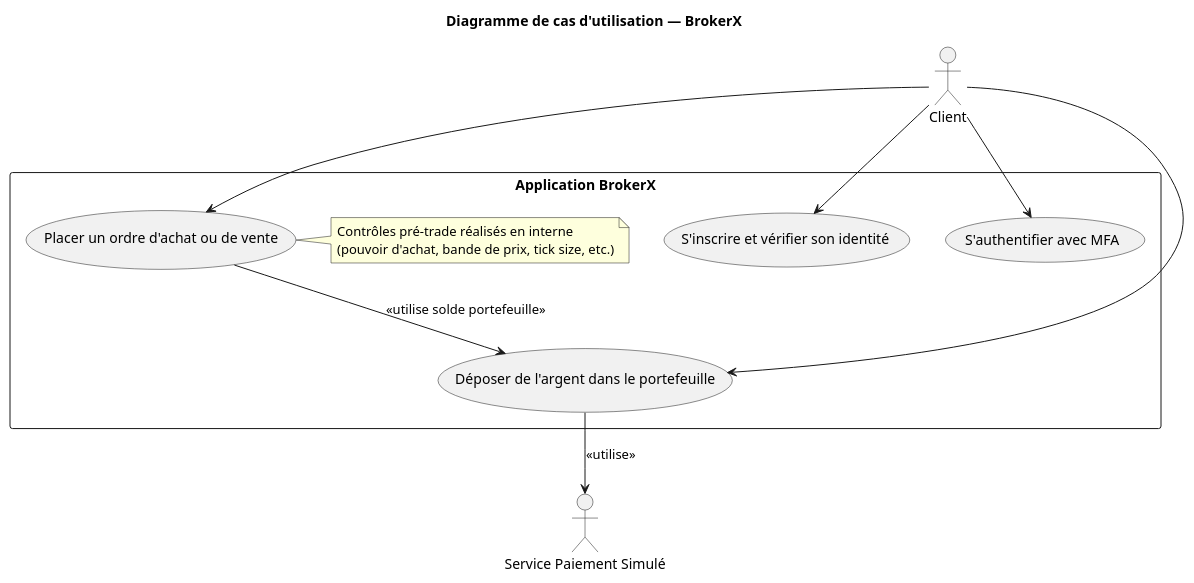
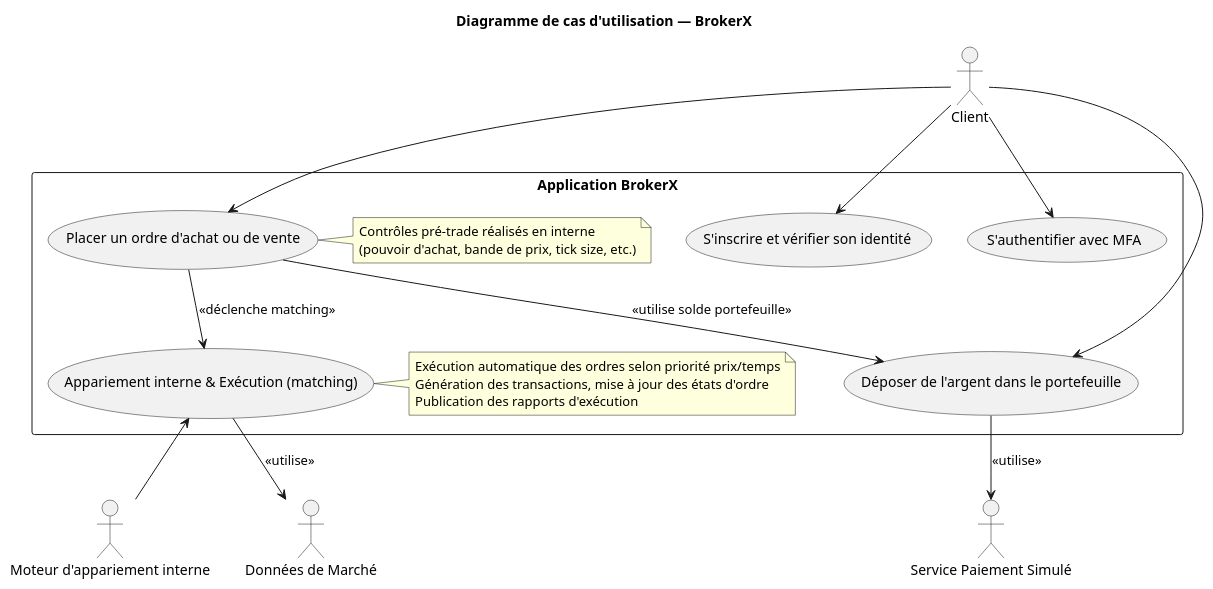
Before and after one commit to Hugo-12341234/BrokerX_MicroServices: the diagram in docs/architecture/4+1/scenarios/useCaseDiagram.puml, drawn with PlantUML. The commit also changed 13 other files, not shown here.

```diff
--- a/docs/architecture/4+1/scenarios/useCaseDiagram.puml
+++ b/docs/architecture/4+1/scenarios/useCaseDiagram.puml
@@ -1,28 +1,39 @@
 @startuml
 ' Diagramme de cas d'utilisation BrokerX — Vue Scénarios (4+1)
 
 title Diagramme de cas d'utilisation — BrokerX
 
 actor Client
 actor "Service Paiement Simulé" as PaymentService
+actor "Moteur d'appariement interne" as MatchingEngine
+actor "Données de Marché" as MarketData
 
 rectangle "Application BrokerX" as BrokerXApp {
   usecase "S'inscrire et vérifier son identité" as UC01
   usecase "S'authentifier avec MFA" as UC02
   usecase "Déposer de l'argent dans le portefeuille" as UC03
   usecase "Placer un ordre d'achat ou de vente" as UC05
+  usecase "Appariement interne & Exécution (matching)" as UC07
   note right of UC05
     Contrôles pré-trade réalisés en interne
     (pouvoir d'achat, bande de prix, tick size, etc.)
+  end note
+  note right of UC07
+    Exécution automatique des ordres selon priorité prix/temps
+    Génération des transactions, mise à jour des états d'ordre
+    Publication des rapports d'exécution
   end note
 }
 
 Client --> UC01
 Client --> UC02
 Client --> UC03
 Client --> UC05
 
 UC03 --> PaymentService : <<utilise>>
 UC05 --> UC03 : <<utilise solde portefeuille>>
+UC05 --> UC07 : <<déclenche matching>>
+MatchingEngine -up-> UC07
+UC07 --> MarketData : <<utilise>>
 
 @enduml
```
